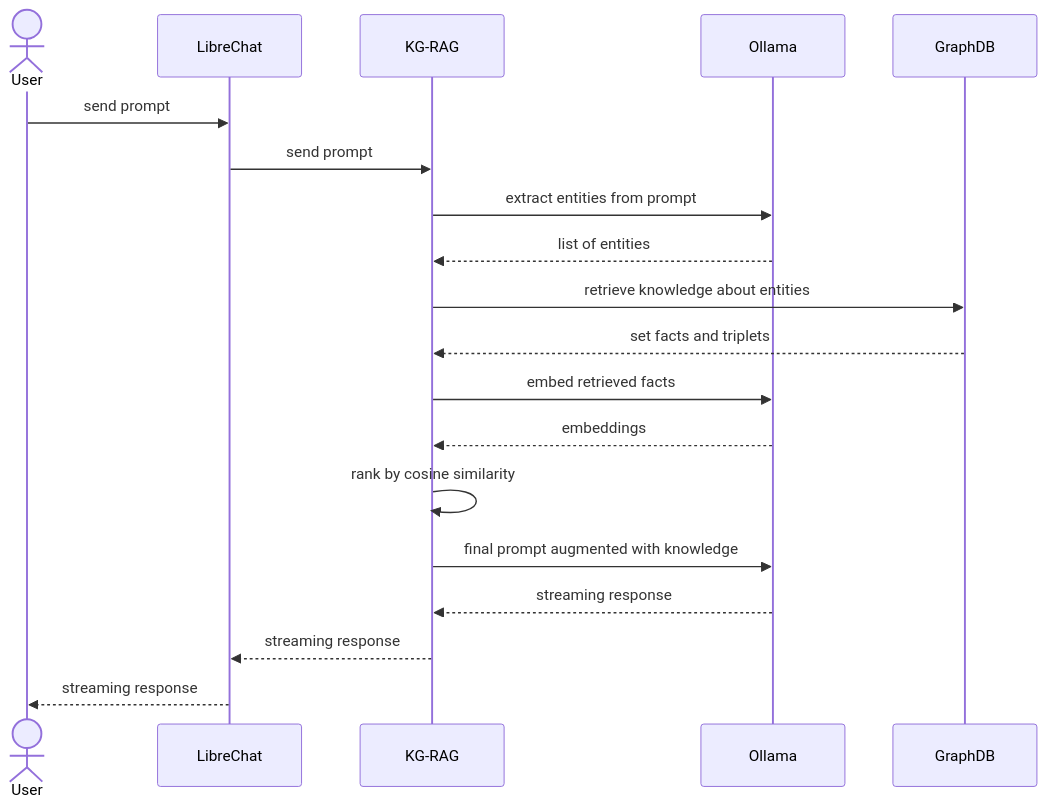
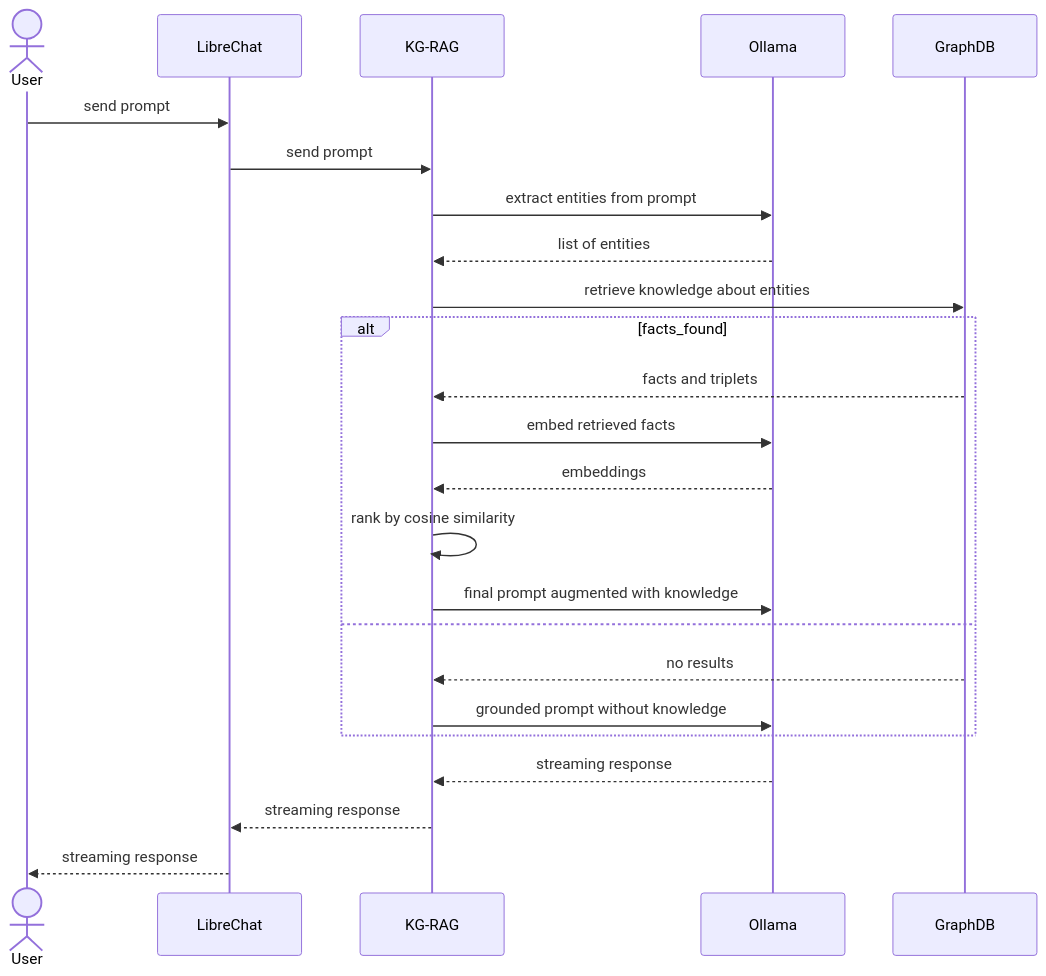
One commit to nightnoryu/kg-rag changed the second of 3 diagrams in docs/architecture.md. Above: the diagram before and after it, drawn with Mermaid.

Commit message:
Add alt for knowledge retrieval sequence

````diff
--- a/docs/architecture.md
+++ b/docs/architecture.md
@@ -33,24 +33,29 @@
 ```mermaid
 sequenceDiagram
     actor User
     participant LibreChat
     participant KG-RAG
     participant Ollama
     participant GraphDB
     
     User ->> LibreChat : send prompt
     LibreChat ->> KG-RAG : send prompt
     
     KG-RAG ->> Ollama : extract entities from prompt
     Ollama -->> KG-RAG : list of entities
     KG-RAG ->> GraphDB : retrieve knowledge about entities
-    GraphDB -->> KG-RAG : set facts and triplets
-    KG-RAG ->> Ollama : embed retrieved facts
-    Ollama -->> KG-RAG : embeddings
-    KG-RAG ->> KG-RAG : rank by cosine similarity
-    KG-RAG ->> Ollama : final prompt augmented with knowledge
+    alt facts_found
+        GraphDB -->> KG-RAG : facts and triplets
+        KG-RAG ->> Ollama : embed retrieved facts
+        Ollama -->> KG-RAG : embeddings
+        KG-RAG ->> KG-RAG : rank by cosine similarity
+        KG-RAG ->> Ollama : final prompt augmented with knowledge
+    else
+        GraphDB -->> KG-RAG : no results
+        KG-RAG ->> Ollama : grounded prompt without knowledge
+    end
     Ollama -->> KG-RAG : streaming response
     KG-RAG -->> LibreChat : streaming response
     
     LibreChat -->> User : streaming response
 ```
````
